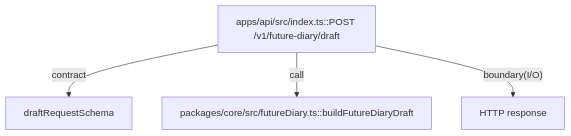
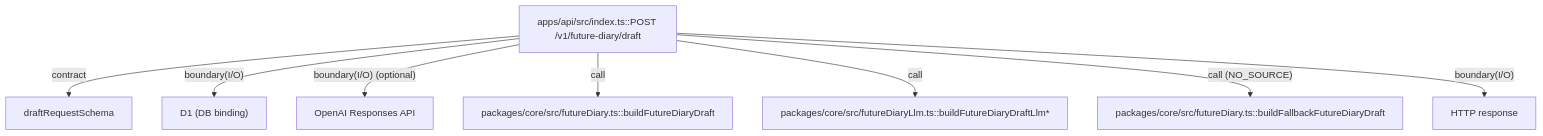
One commit to YotaroMatsui/future_diary changed the diagram in apps/api/README.md. Above: the diagram before and after it, drawn with Mermaid. The commit also changed other lines of this file and 16 other files, not shown here.

Commit message:
feat: add D1 draft caching and OpenAI generation

````diff
--- a/apps/api/README.md
+++ b/apps/api/README.md
@@ -223,6 +263,10 @@
 ```mermaid
 flowchart TD
   EP["apps/api/src/index.ts::POST /v1/future-diary/draft"] -->|"contract"| ZD["draftRequestSchema"]
+  EP -->|"boundary(I/O)"| D1["D1 (DB binding)"]
+  EP -->|"boundary(I/O) (optional)"| OA["OpenAI Responses API"]
   EP -->|"call"| UC["packages/core/src/futureDiary.ts::buildFutureDiaryDraft"]
+  EP -->|"call"| LP["packages/core/src/futureDiaryLlm.ts::buildFutureDiaryDraftLlm*"]
+  EP -->|"call (NO_SOURCE)"| FB["packages/core/src/futureDiary.ts::buildFallbackFutureDiaryDraft"]
   EP -->|"boundary(I/O)"| HTTP["HTTP response"]
 ```
````
